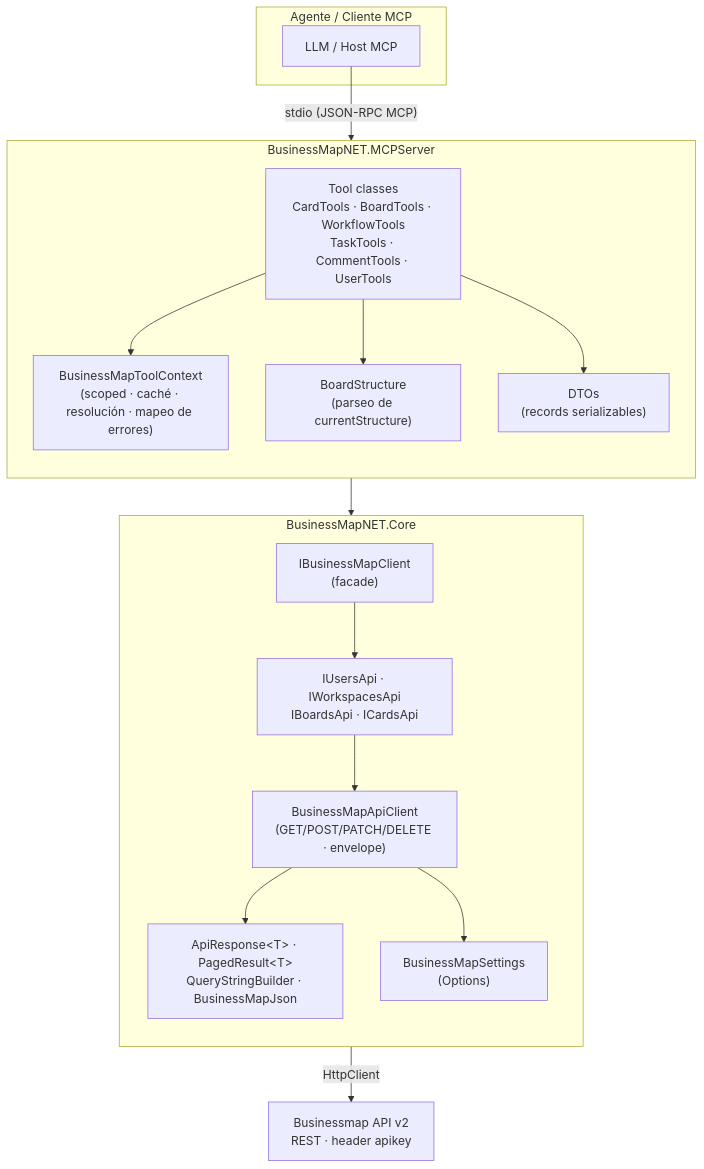
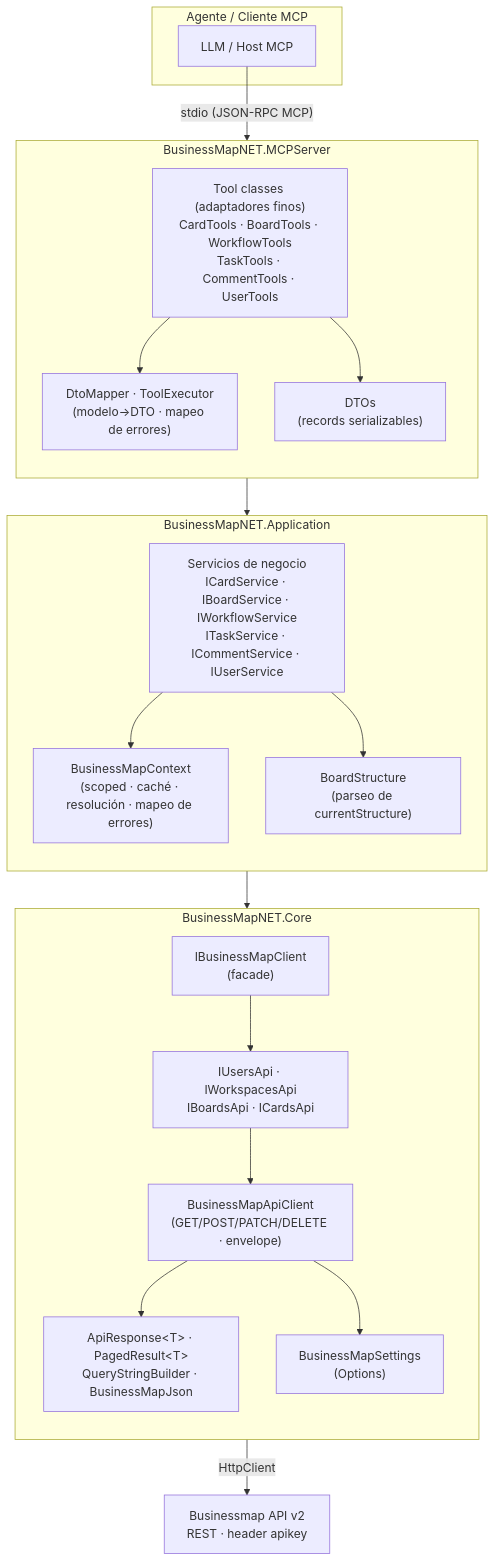
One commit to dpuntos/Businessmap-MCP-Server changed the second of 5 diagrams in README_es.md. Above: the diagram before and after it, drawn with Mermaid. The commit also changed other lines of this file and 30 other files, not shown here.

Commit message:
Add application layer

````diff
--- a/README_es.md
+++ b/README_es.md
@@ -182,34 +195,42 @@
 ```mermaid
 graph TB
 	subgraph Agente["Agente / Cliente MCP"]
 		LLM["LLM / Host MCP"]
 	end
 
 	subgraph MCPServer["BusinessMapNET.MCPServer"]
 		direction TB
-		Tools["Tool classes<br/>CardTools · BoardTools · WorkflowTools<br/>TaskTools · CommentTools · UserTools"]
-		Ctx["BusinessMapToolContext<br/>(scoped · caché · resolución · mapeo de errores)"]
+		Tools["Tool classes (adaptadores finos)<br/>CardTools · BoardTools · WorkflowTools<br/>TaskTools · CommentTools · UserTools"]
+		DtoMap["DtoMapper · ToolExecutor<br/>(modelo→DTO · mapeo de errores)"]
+		Dtos["DTOs<br/>(records serializables)"]
+		Tools --> DtoMap
+		Tools --> Dtos
+	end
+
+	subgraph AppLayer["BusinessMapNET.Application"]
+		direction TB
+		Svcs["Servicios de negocio<br/>ICardService · IBoardService · IWorkflowService<br/>ITaskService · ICommentService · IUserService"]
+		Ctx["BusinessMapContext<br/>(scoped · caché · resolución · mapeo de errores)"]
 		Struct["BoardStructure<br/>(parseo de currentStructure)"]
-		Dtos["DTOs<br/>(records serializables)"]
-		Tools --> Ctx
-		Tools --> Struct
-		Tools --> Dtos
+		Svcs --> Ctx
+		Svcs --> Struct
 	end
 
 	subgraph CoreLib["BusinessMapNET.Core"]
 		direction TB
 		Facade["IBusinessMapClient<br/>(facade)"]
 		Apis["IUsersApi · IWorkspacesApi<br/>IBoardsApi · ICardsApi"]
 		Base["BusinessMapApiClient<br/>(GET/POST/PATCH/DELETE · envelope)"]
 		Http["ApiResponse&lt;T&gt; · PagedResult&lt;T&gt;<br/>QueryStringBuilder · BusinessMapJson"]
 		Settings["BusinessMapSettings<br/>(Options)"]
 		Facade --> Apis --> Base --> Http
 		Base --> Settings
 	end
 
 	API["Businessmap API v2<br/>REST · header apikey"]
 
 	LLM -->|"stdio (JSON-RPC MCP)"| Tools
+	DtoMap --> Svcs
 	Ctx --> Facade
 	Base -->|"HttpClient"| API
 ```
````
